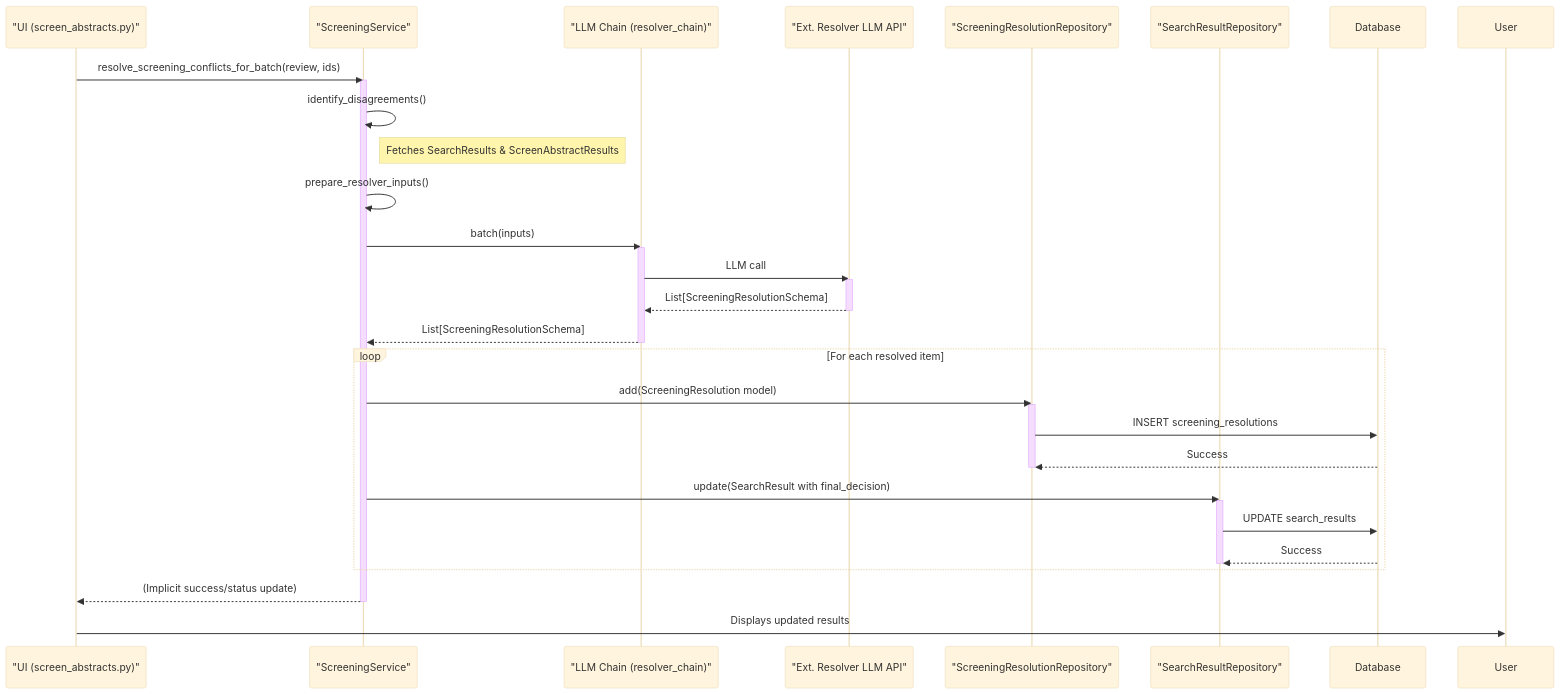
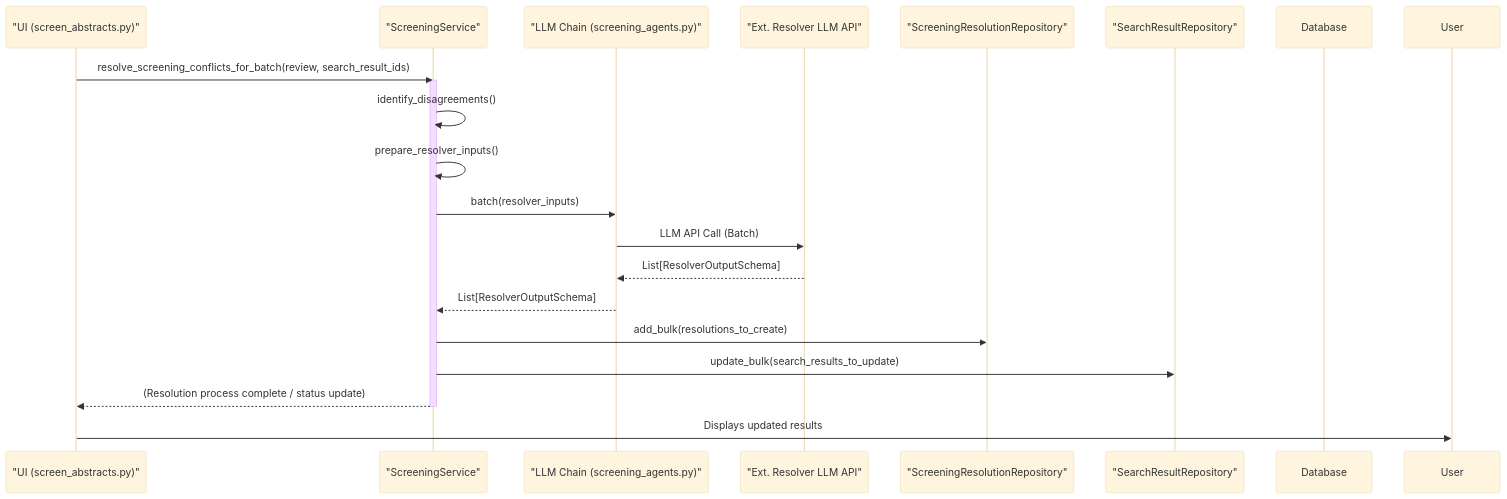
The fifth of 5 diagrams in docs/architecture.md (mescu74/systematic-review-assistant), drawn with Mermaid (base theme) before and after one commit. The commit also changed other lines of this file and 21 other files, not shown here.

First line of the commit message:
feat(s2.2): add resolver chain, refactor related code

````diff
--- a/docs/architecture.md
+++ b/docs/architecture.md
@@ -271,40 +271,24 @@
 ```mermaid
 sequenceDiagram
     participant ScreenAbsUI as "UI (screen_abstracts.py)"
     participant ScreeningSvc as "ScreeningService"
-    participant ResolverChain as "LLM Chain (resolver_chain)"
+    participant ResolverChain as "LLM Chain (screening_agents.py)"
     participant ExtResolverAPI as "Ext. Resolver LLM API"
-    participant ResolutionRepo as "ScreeningResolutionRepository"
-    participant SearchRepo as "SearchResultRepository"
+    participant ScreeningResolutionRepo as "ScreeningResolutionRepository"
+    participant SearchResultRepo as "SearchResultRepository"
     participant Database
 
-    ScreenAbsUI->>ScreeningSvc: resolve_screening_conflicts_for_batch(review, ids)
+    ScreenAbsUI->>ScreeningSvc: resolve_screening_conflicts_for_batch(review, search_result_ids)
     activate ScreeningSvc
     ScreeningSvc->>ScreeningSvc: identify_disagreements()
-    note right of ScreeningSvc: Fetches SearchResults & ScreenAbstractResults
     ScreeningSvc->>ScreeningSvc: prepare_resolver_inputs()
-    ScreeningSvc->>ResolverChain: batch(inputs)
-    activate ResolverChain
-    ResolverChain->>ExtResolverAPI: LLM call
-    activate ExtResolverAPI
-    ExtResolverAPI-->>ResolverChain: List[ScreeningResolutionSchema]
-    deactivate ExtResolverAPI
-    ResolverChain-->>ScreeningSvc: List[ScreeningResolutionSchema]
-    deactivate ResolverChain
-    
-    loop For each resolved item
-        ScreeningSvc->>ResolutionRepo: add(ScreeningResolution model)
-        activate ResolutionRepo
-        ResolutionRepo->>Database: INSERT screening_resolutions
-        Database-->>ResolutionRepo: Success
-        deactivate ResolutionRepo
-        ScreeningSvc->>SearchRepo: update(SearchResult with final_decision)
-        activate SearchRepo
-        SearchRepo->>Database: UPDATE search_results
-        Database-->>SearchRepo: Success
-        deactivate SearchRepo
-    end
-    ScreeningSvc-->>ScreenAbsUI: (Implicit success/status update)
+    ScreeningSvc->>ResolverChain: batch(resolver_inputs)
+    ResolverChain->>ExtResolverAPI: LLM API Call (Batch)
+    ExtResolverAPI-->>ResolverChain: List[ResolverOutputSchema]
+    ResolverChain-->>ScreeningSvc: List[ResolverOutputSchema]
+    ScreeningSvc->>ScreeningResolutionRepo: add_bulk(resolutions_to_create)
+    ScreeningSvc->>SearchResultRepo: update_bulk(search_results_to_update)
+    ScreeningSvc-->>ScreenAbsUI: (Resolution process complete / status update)
     deactivate ScreeningSvc
     ScreenAbsUI->>User: Displays updated results
 ```
````
